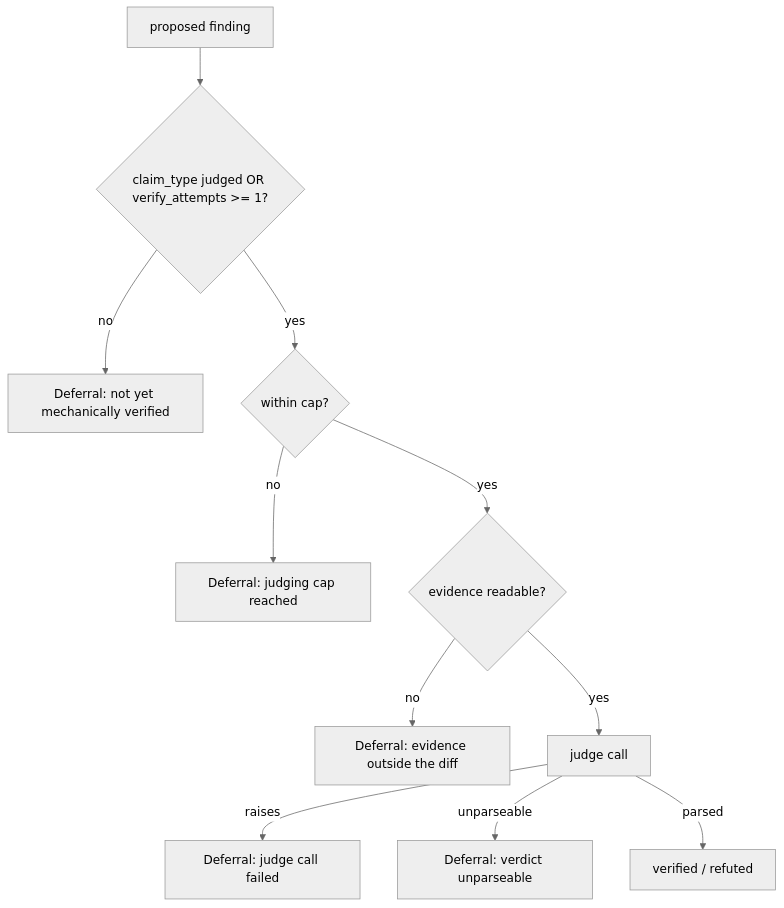
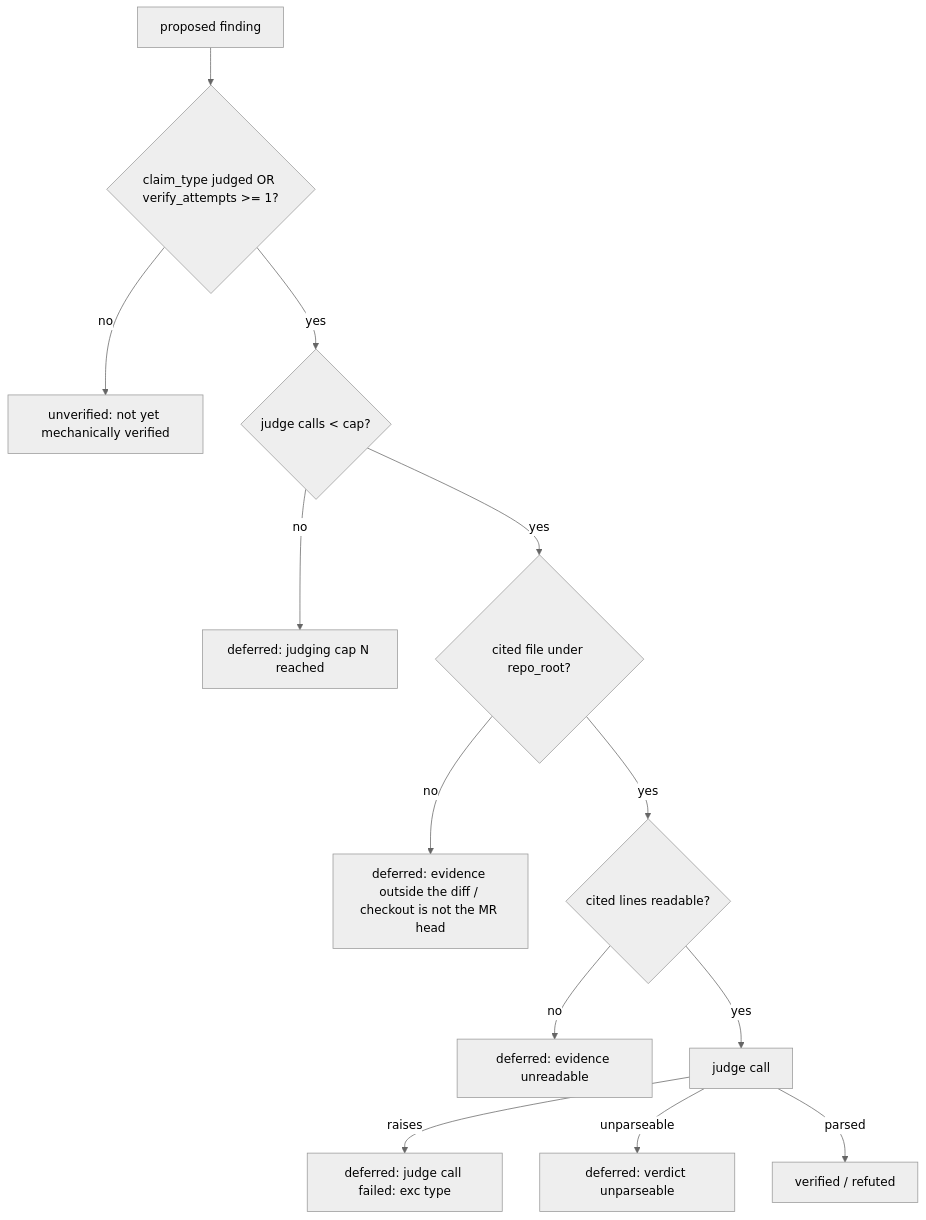
One commit to repoachhq/repoach changed the diagram in docs/specs/2026-10-21_SP-REFUTER-JUDGES-WHAT-IT-CAN_deferred-findings-are-named-not-silent.md. Above: the diagram before and after it, drawn with Mermaid (neutral theme). The commit also changed other lines of this file, not shown here.

````diff
--- a/docs/specs/2026-10-21_SP-REFUTER-JUDGES-WHAT-IT-CAN_deferred-findings-are-named-not-silent.md
+++ b/docs/specs/2026-10-21_SP-REFUTER-JUDGES-WHAT-IT-CAN_deferred-findings-are-named-not-silent.md
@@ -185,13 +208,15 @@
 ```mermaid
 flowchart TD
     A[proposed finding] --> B{claim_type judged OR verify_attempts >= 1?}
-    B -- no --> C[Deferral: not yet mechanically verified]
-    B -- yes --> D{within cap?}
-    D -- no --> E[Deferral: judging cap reached]
-    D -- yes --> F{evidence readable?}
-    F -- no --> G[Deferral: evidence outside the diff]
-    F -- yes --> H[judge call]
-    H -- raises --> I[Deferral: judge call failed]
-    H -- unparseable --> J[Deferral: verdict unparseable]
+    B -- no --> C[unverified: not yet mechanically verified]
+    B -- yes --> D{judge calls < cap?}
+    D -- no --> E[deferred: judging cap N reached]
+    D -- yes --> F{cited file under repo_root?}
+    F -- no --> G[deferred: evidence outside the diff / checkout is not the MR head]
+    F -- yes --> R{cited lines readable?}
+    R -- no --> U[deferred: evidence unreadable]
+    R -- yes --> H[judge call]
+    H -- raises --> I[deferred: judge call failed: exc type]
+    H -- unparseable --> J[deferred: verdict unparseable]
     H -- parsed --> K[verified / refuted]
 ```
````
